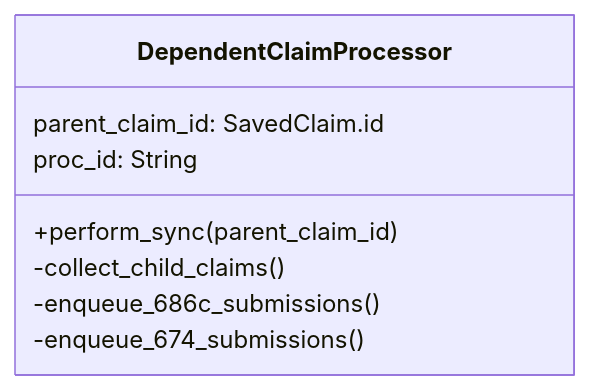
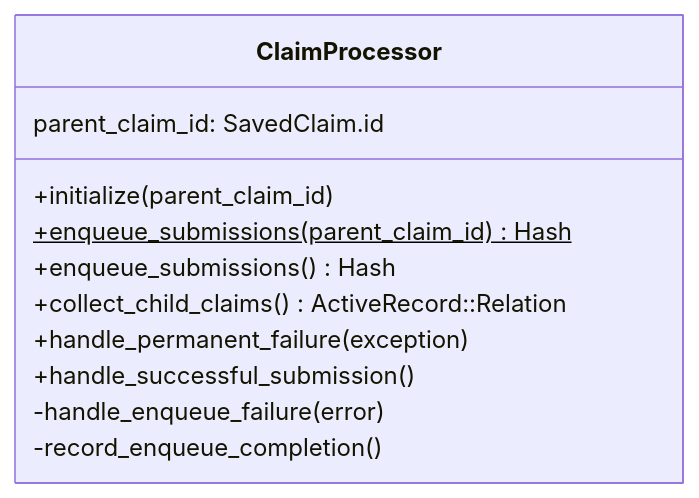
The third of 4 diagrams in modules/dependents_benefits/documentation/data_flow_diagrams/class_diagrams.md (department-of-veterans-affairs/vets-api), drawn with Mermaid before and after one commit. The commit also changed other lines of this file and 5 other files, not shown here.

````diff
--- a/modules/dependents_benefits/documentation/data_flow_diagrams/class_diagrams.md
+++ b/modules/dependents_benefits/documentation/data_flow_diagrams/class_diagrams.md
@@ -44,11 +50,14 @@
 ```mermaid
 classDiagram
-    class DependentClaimProcessor {
+    class ClaimProcessor {
         parent_claim_id: SavedClaim.id
-        proc_id: String
-        +perform_sync(parent_claim_id)
-        -collect_child_claims()
-        -enqueue_686c_submissions()
-        -enqueue_674_submissions()
+        +initialize(parent_claim_id)
+        +enqueue_submissions(parent_claim_id)$ Hash
+        +enqueue_submissions() Hash
+        +collect_child_claims() ActiveRecord::Relation
+        +handle_permanent_failure(exception)
+        +handle_successful_submission()
+        -handle_enqueue_failure(error)
+        -record_enqueue_completion()
     }
 ```
````
